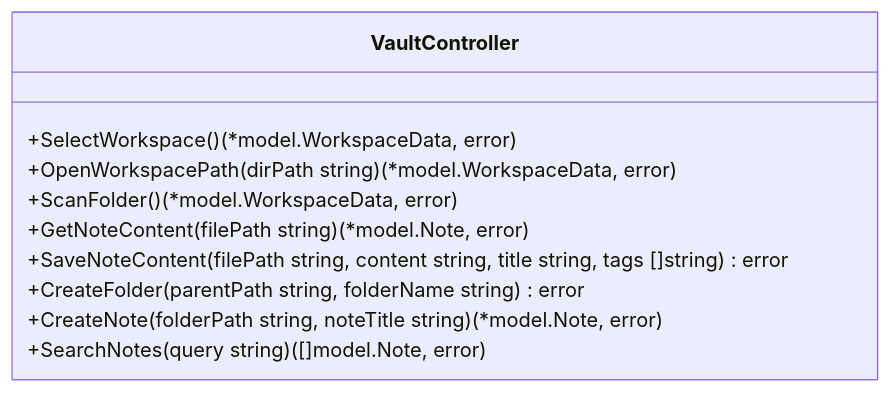
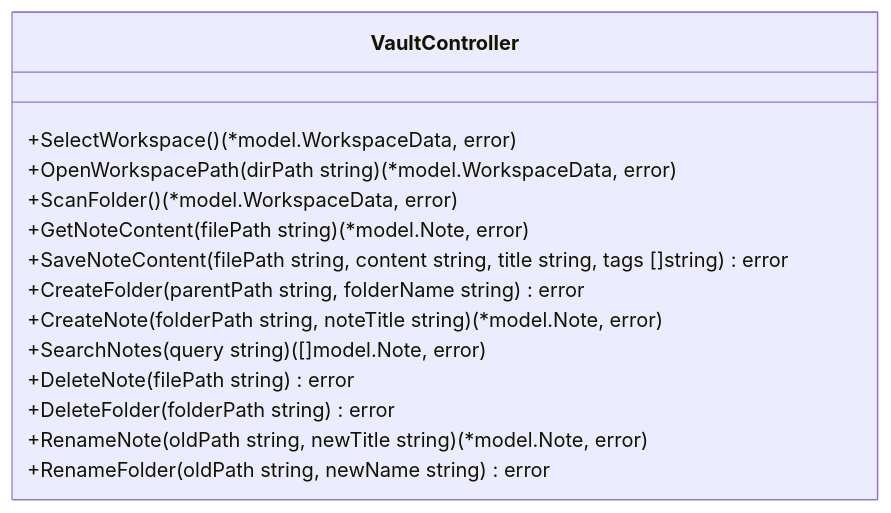
Before and after one commit to Thien21112005/mdvault: the diagram in markdown/LLD.md, drawn with Mermaid. The commit also changed other lines of this file and 2 other files, not shown here.

````diff
--- a/markdown/LLD.md
+++ b/markdown/LLD.md
@@ -157,13 +197,17 @@
 ```mermaid
 classDiagram
     class VaultController {
         +SelectWorkspace() (*model.WorkspaceData, error)
         +OpenWorkspacePath(dirPath string) (*model.WorkspaceData, error)
         +ScanFolder() (*model.WorkspaceData, error)
         +GetNoteContent(filePath string) (*model.Note, error)
         +SaveNoteContent(filePath string, content string, title string, tags []string) error
         +CreateFolder(parentPath string, folderName string) error
         +CreateNote(folderPath string, noteTitle string) (*model.Note, error)
         +SearchNotes(query string) ([]model.Note, error)
+        +DeleteNote(filePath string) error
+        +DeleteFolder(folderPath string) error
+        +RenameNote(oldPath string, newTitle string) (*model.Note, error)
+        +RenameFolder(oldPath string, newName string) error
     }
 ```
````
